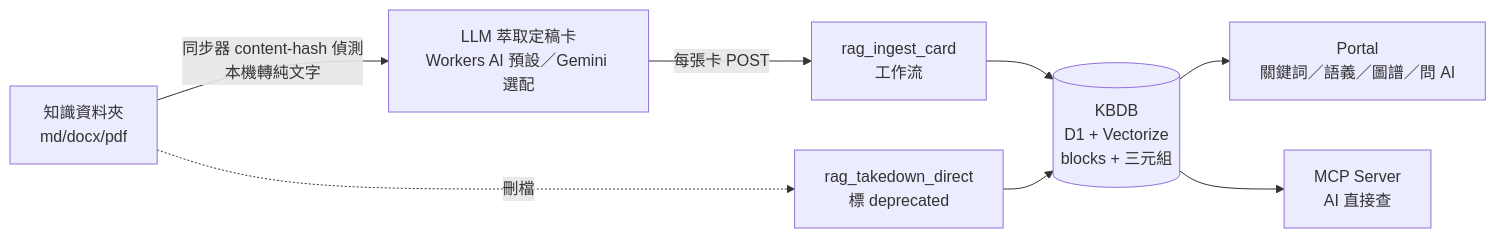
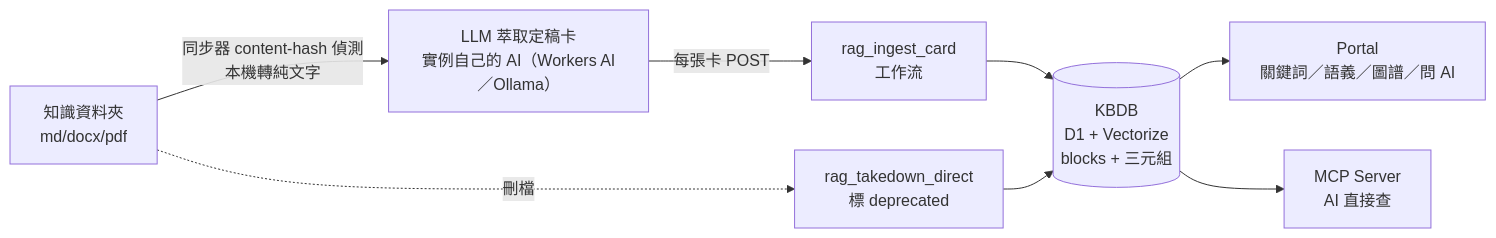
Before and after one commit to youlinhsieh/arcrun-rag: the diagram in install.md, drawn with Mermaid. The commit also changed other lines of this file and 71 other files, not shown here.

````diff
--- a/install.md
+++ b/install.md
@@ -24,10 +24,10 @@
 ```mermaid
 flowchart LR
-    A[知識資料夾<br>md/docx/pdf] -->|同步器 content-hash 偵測<br>本機轉純文字| B[LLM 萃取定稿卡<br>Workers AI 預設／Gemini 選配]
+    A[知識資料夾<br>md/docx/pdf] -->|同步器 content-hash 偵測<br>本機轉純文字| B[LLM 萃取定稿卡<br>實例自己的 AI（Workers AI／Ollama）]
     B -->|每張卡 POST| C[rag_ingest_card<br>工作流]
     C --> D[(KBDB<br>D1 + Vectorize<br>blocks + 三元組)]
     A -.->|刪檔| T[rag_takedown_direct<br>標 deprecated]
     T --> D
     D --> E[Portal<br>關鍵詞／語義／圖譜／問 AI]
     D --> F[MCP Server<br>AI 直接查]
 ```
````
